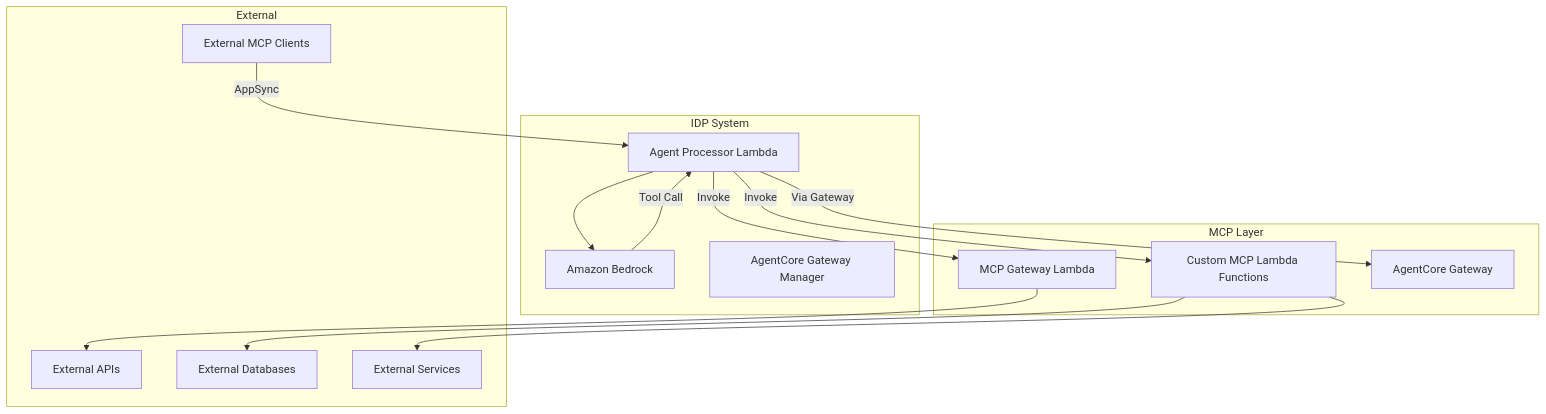
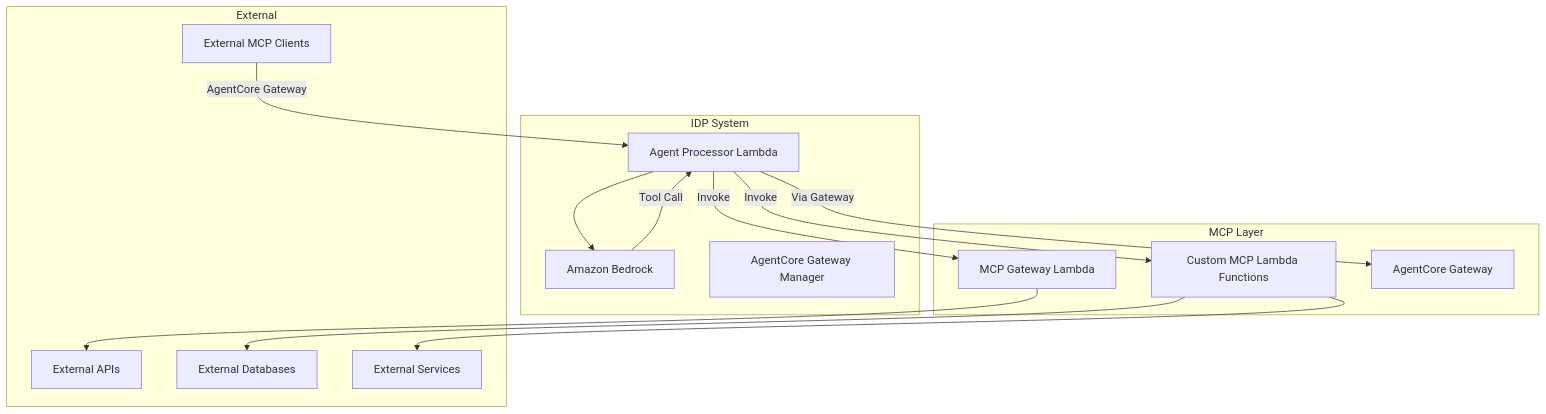
Before and after one commit to aws-samples/sample-genai-idp: the diagram in security/threat-modeling/feature-threats/mcp-integration.md, drawn with Mermaid. The commit also changed other lines of this file and 26 other files, not shown here.

````diff
--- a/security/threat-modeling/feature-threats/mcp-integration.md
+++ b/security/threat-modeling/feature-threats/mcp-integration.md
@@ -24,33 +25,33 @@
 ```mermaid
 flowchart TD
     subgraph IDP System
         Agent[Agent Processor Lambda]
         Bedrock[Amazon Bedrock]
         Gateway[AgentCore Gateway Manager]
     end
 
     subgraph MCP Layer
         MCPLambda[MCP Gateway Lambda]
         CustomMCP[Custom MCP Lambda Functions]
         AgentCoreGW[AgentCore Gateway]
     end
 
     subgraph External
         ExtAPI[External APIs]
         ExtDB[External Databases]
         ExtService[External Services]
         ExtMCPClient[External MCP Clients]
     end
 
     Agent --> Bedrock
     Bedrock -->|Tool Call| Agent
     Agent -->|Invoke| MCPLambda
     Agent -->|Invoke| CustomMCP
     Agent -->|Via Gateway| AgentCoreGW
 
     MCPLambda --> ExtAPI
     CustomMCP --> ExtDB
     CustomMCP --> ExtService
     
-    ExtMCPClient -->|AppSync| Agent
+    ExtMCPClient -->|AgentCore Gateway| Agent
 ```
````
